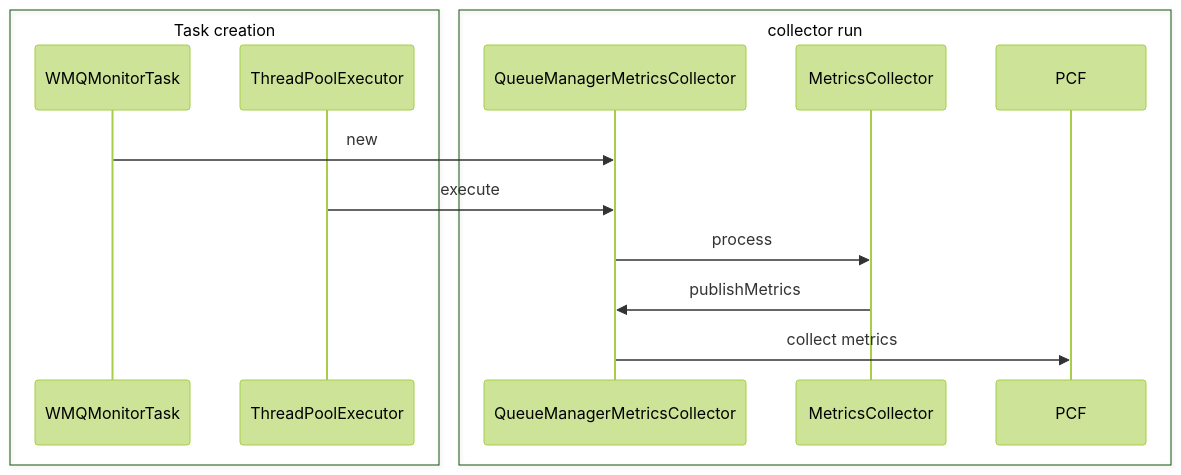
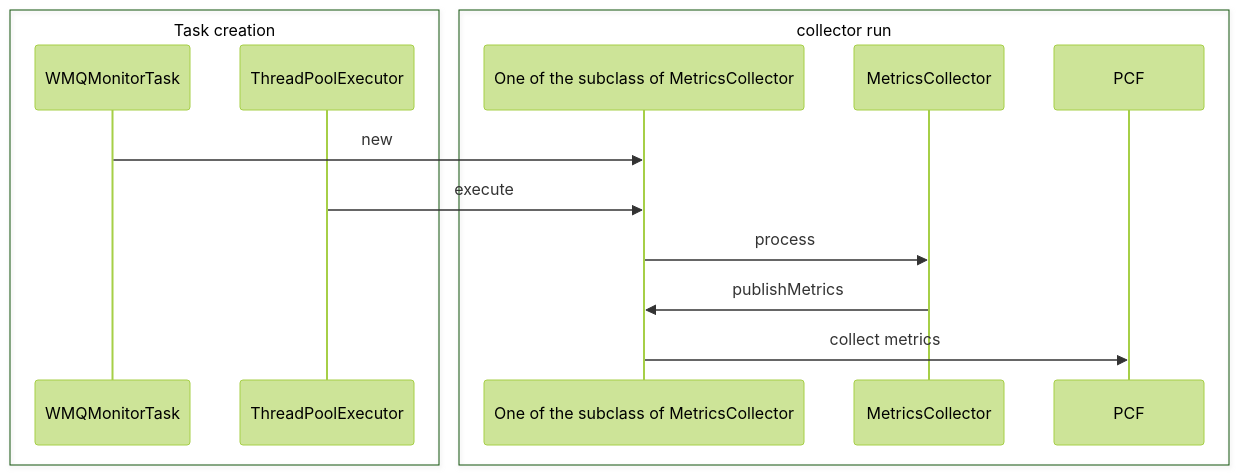
The diagram in DESIGN.md (signalfx/opentelemetry-ibm-mq-monitoring), drawn with Mermaid (forest theme) before and after one commit.

````diff
--- a/DESIGN.md
+++ b/DESIGN.md
@@ -12,21 +12,21 @@
 ```mermaid
 sequenceDiagram
    box Task creation
    participant WMQMonitorTask
    participant ThreadPoolExecutor
    end
 
    box collector run
-   participant QueueManagerMetricsCollector
+   participant Collector as One of the subclass of MetricsCollector
    participant MetricsCollector
    participant PCF
    end
 
-   WMQMonitorTask->>QueueManagerMetricsCollector: new
-   ThreadPoolExecutor->>QueueManagerMetricsCollector: execute
+   WMQMonitorTask->>Collector: new
+   ThreadPoolExecutor->>Collector: execute
 
-   QueueManagerMetricsCollector->>MetricsCollector: process
-   MetricsCollector->>QueueManagerMetricsCollector: publishMetrics
+   Collector->>MetricsCollector: process
+   MetricsCollector->>Collector: publishMetrics
      
-   QueueManagerMetricsCollector->>PCF: collect metrics
+   Collector->>PCF: collect metrics
 ```
````
